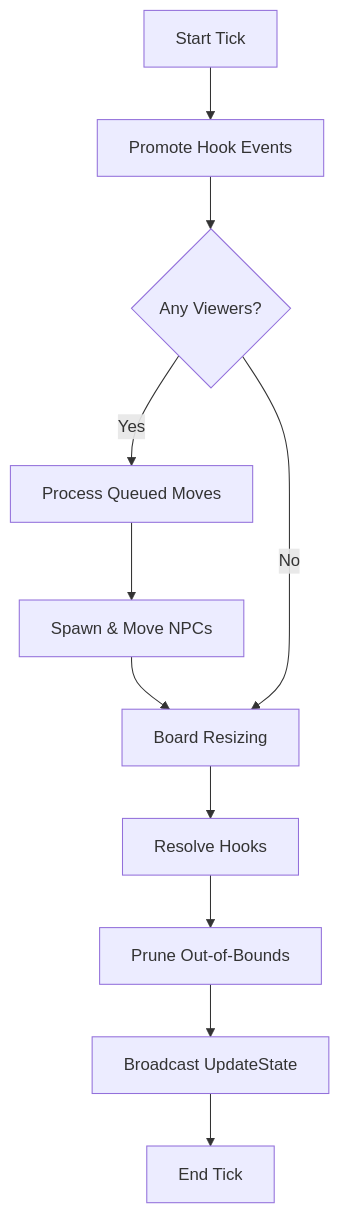
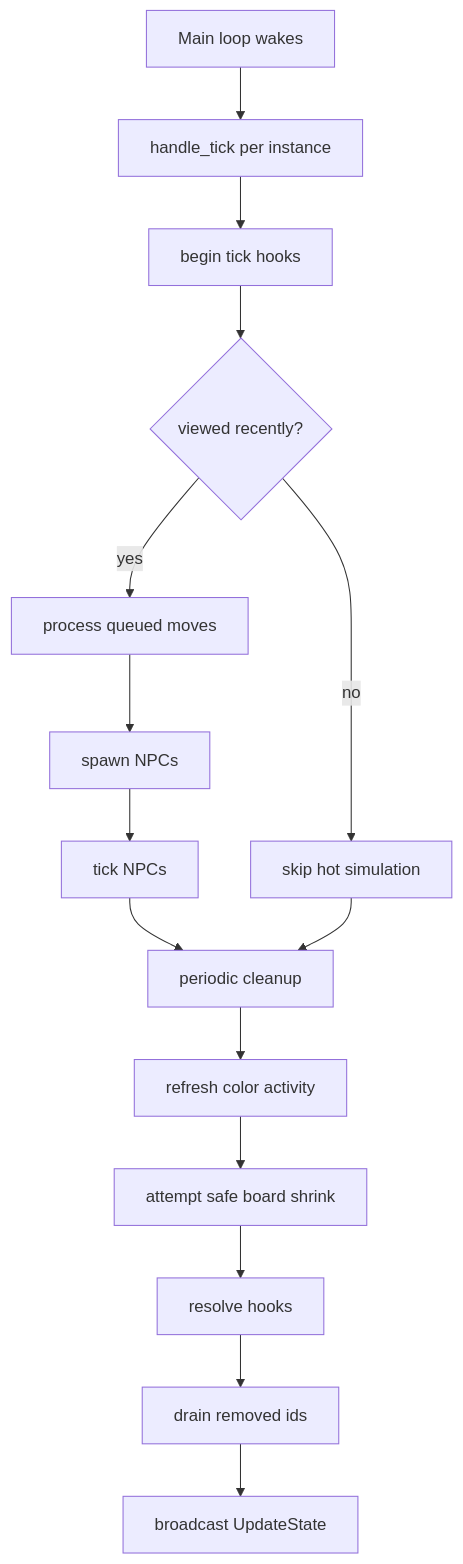
Before and after one commit to libreslop/ffchess: the diagram in docs/logic/game_loop.md, drawn with Mermaid. The commit also changed other lines of this file and 17 other files, not shown here.

````diff
--- a/docs/logic/game_loop.md
+++ b/docs/logic/game_loop.md
@@ -28,13 +66,17 @@
 ```mermaid
-graph TD
-    A[Start Tick] --> B[Promote Hook Events]
-    B --> C{Any Viewers?}
-    C -- Yes --> D[Process Queued Moves]
-    D --> E[Spawn & Move NPCs]
-    E --> F[Board Resizing]
-    C -- No --> F
-    F --> G[Resolve Hooks]
-    G --> H[Prune Out-of-Bounds]
-    H --> I[Broadcast UpdateState]
-    I --> J[End Tick]
+flowchart TD
+    A[Main loop wakes] --> B[handle_tick per instance]
+    B --> C[begin tick hooks]
+    C --> D{viewed recently?}
+    D -- yes --> E[process queued moves]
+    E --> F[spawn NPCs]
+    F --> G[tick NPCs]
+    D -- no --> H[skip hot simulation]
+    G --> I[periodic cleanup]
+    H --> I
+    I --> J[refresh color activity]
+    J --> K[attempt safe board shrink]
+    K --> L[resolve hooks]
+    L --> M[drain removed ids]
+    M --> N[broadcast UpdateState]
 ```
````
